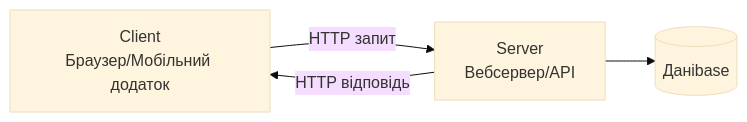
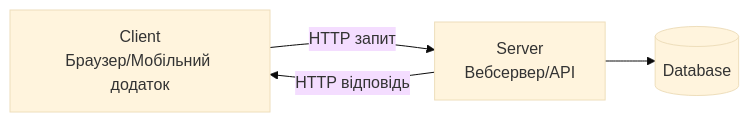
Before and after one commit to olroi421/course-tprmr: the first of 5 diagrams in presentation-01.md, drawn with Mermaid (base theme). The commit also changed other lines of this file and 2 other files, not shown here.

````diff
--- a/presentation-01.md
+++ b/presentation-01.md
@@ -33,6 +33,6 @@
 ```mermaid
 graph LR
     A[Client<br/>Браузер/Мобільний додаток] -->|HTTP запит| B[Server<br/>Вебсервер/API]
     B -->|HTTP відповідь| A
-    B --> C[(Даніbase)]
+    B --> C[(Database)]
 ```
````
